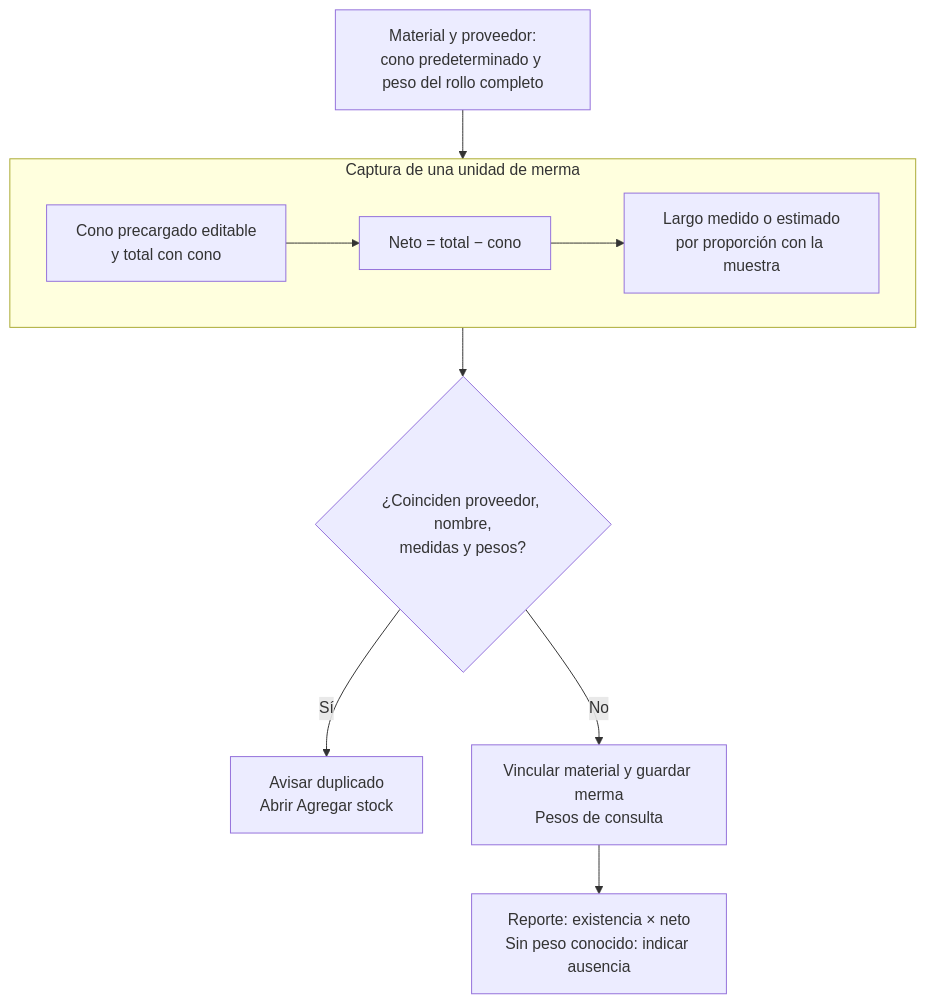
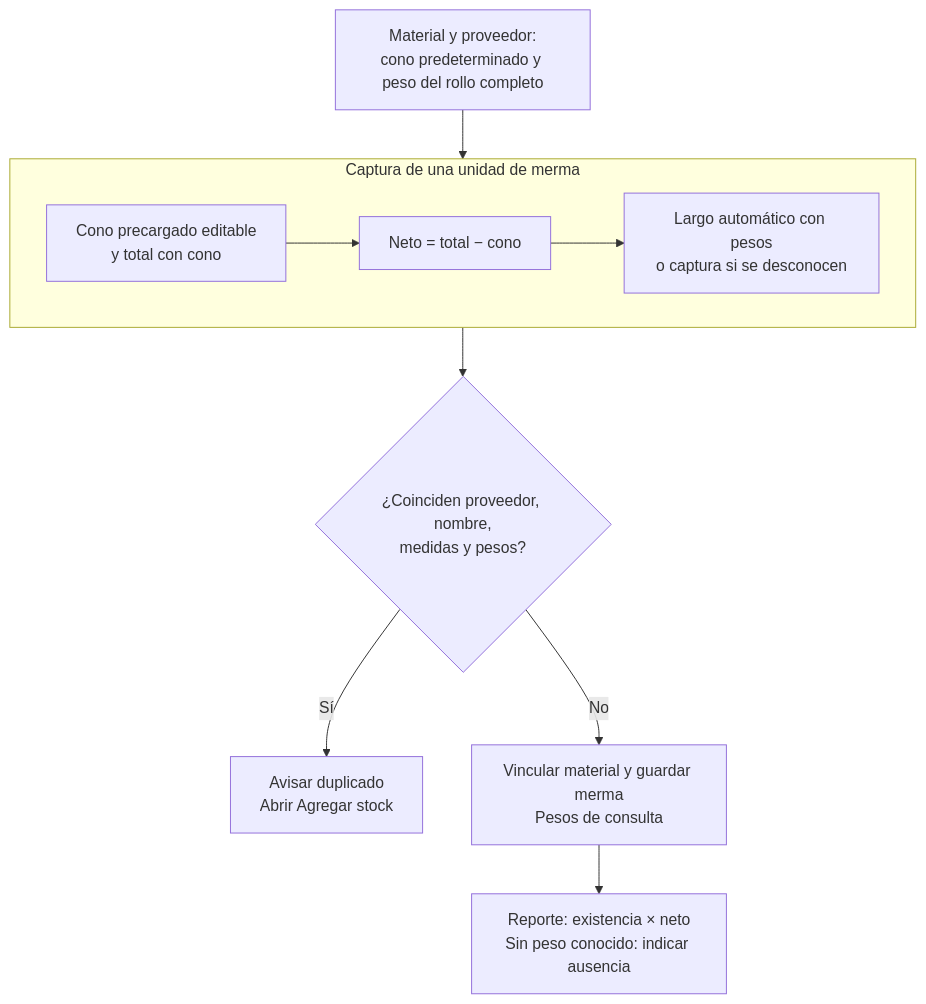
One commit to gpgsistemas01/nexus changed the diagram in docs/requirements/requirements-specification/04-unified-catalog-by-scope/04-queries-reports-and-modeled-functions.md. Above: the diagram before and after it, drawn with Mermaid. The commit also changed other lines of this file and 46 other files, not shown here.

````diff
--- a/docs/requirements/requirements-specification/04-unified-catalog-by-scope/04-queries-reports-and-modeled-functions.md
+++ b/docs/requirements/requirements-specification/04-unified-catalog-by-scope/04-queries-reports-and-modeled-functions.md
@@ -61,13 +61,13 @@
 ```mermaid
 flowchart TB
     Oferta["Material y proveedor:<br/>cono predeterminado y peso del rollo completo"] --> Pesos
     subgraph Pesos["Captura de una unidad de merma"]
         direction LR
         Captura["Cono precargado editable<br/>y total con cono"] --> Neto["Neto = total − cono"]
-        Neto --> Largo["Largo medido o estimado<br/>por proporción con la muestra"]
+        Neto --> Largo["Largo automático con pesos<br/>o captura si se desconocen"]
     end
     Pesos --> Identidad{"¿Coinciden proveedor, nombre,<br/>medidas y pesos?"}
     Identidad -->|Sí| Stock["Avisar duplicado<br/>Abrir Agregar stock"]
     Identidad -->|No| Guardar["Vincular material y guardar merma<br/>Pesos de consulta"]
     Guardar --> Reporte["Reporte: existencia × neto<br/>Sin peso conocido: indicar ausencia"]
 ```
````
